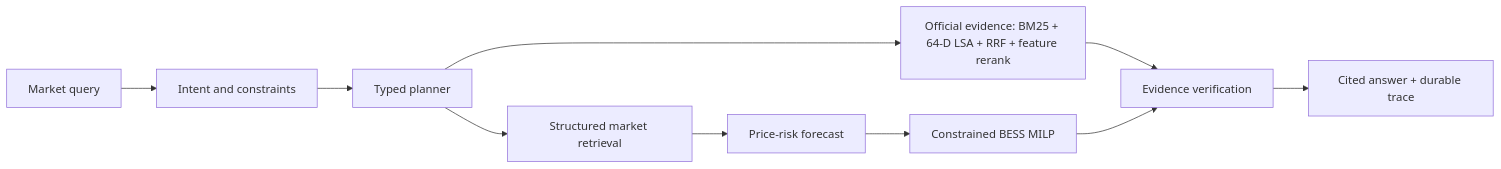
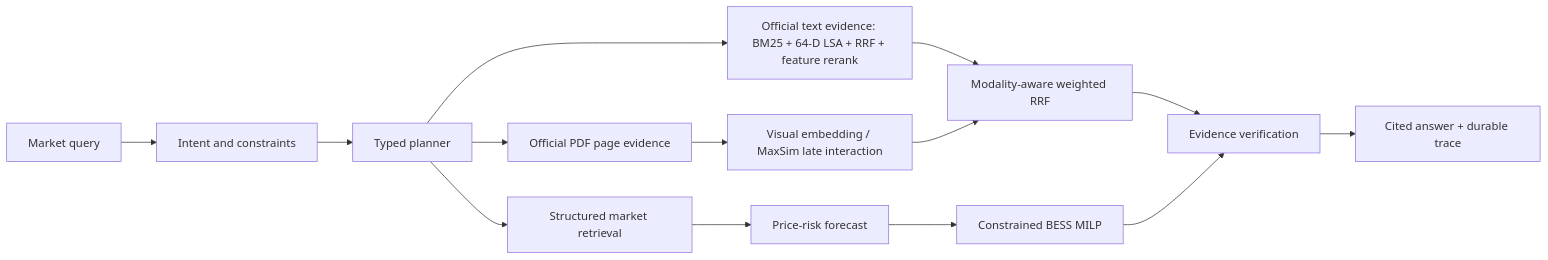
Before and after one commit to larry-liyuanfan/australian-energy-market-intelligence-agent: the diagram in README.md, drawn with Mermaid. The commit also changed other lines of this file and 23 other files, not shown here.

First line of the commit message:
Add multimodal official-page evidence routing (#8)

````diff
--- a/README.md
+++ b/README.md
@@ -9,12 +9,16 @@
 ```mermaid
 flowchart LR
   Q[Market query] --> N[Intent and constraints]
   N --> P[Typed planner]
   P --> M[Structured market retrieval]
-  P --> E[Official evidence: BM25 + 64-D LSA + RRF + feature rerank]
+  P --> E[Official text evidence: BM25 + 64-D LSA + RRF + feature rerank]
+  P --> X[Official PDF page evidence]
+  X --> Y[Visual embedding / MaxSim late interaction]
+  E --> Z[Modality-aware weighted RRF]
+  Y --> Z
   M --> F[Price-risk forecast]
   F --> B[Constrained BESS MILP]
-  E --> V[Evidence verification]
+  Z --> V[Evidence verification]
   B --> V
   V --> A[Cited answer + durable trace]
 ```
````
